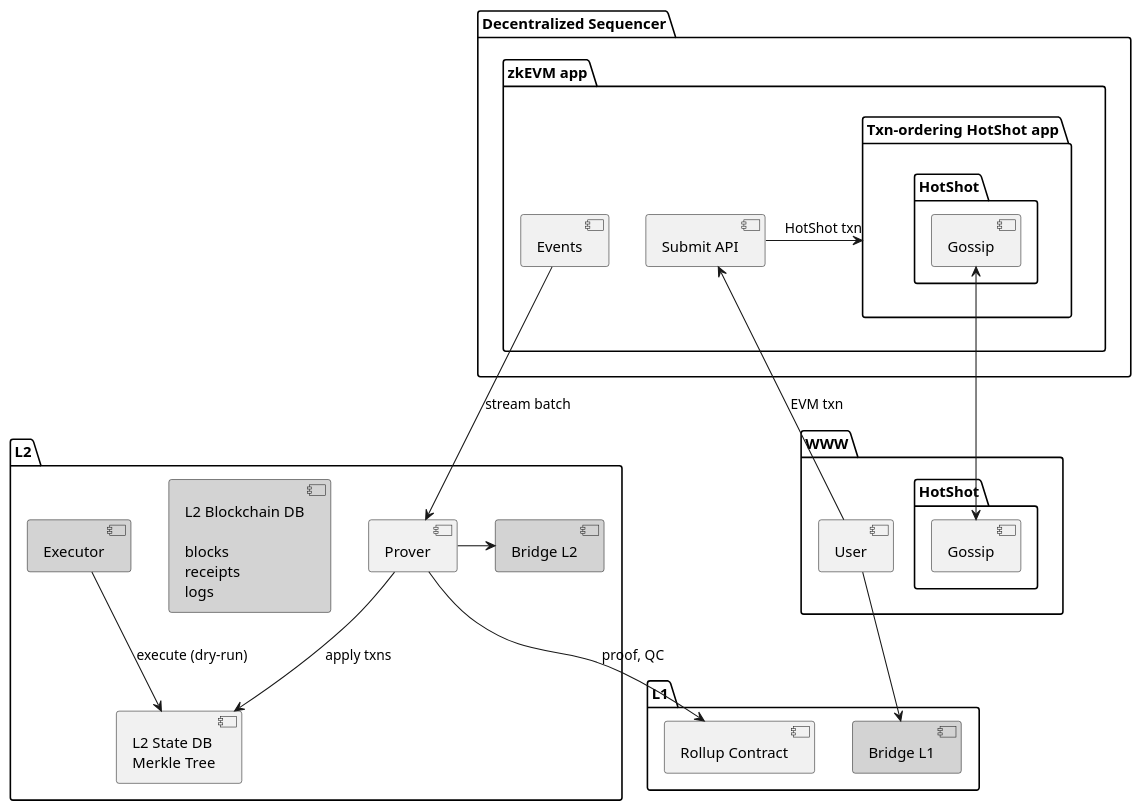
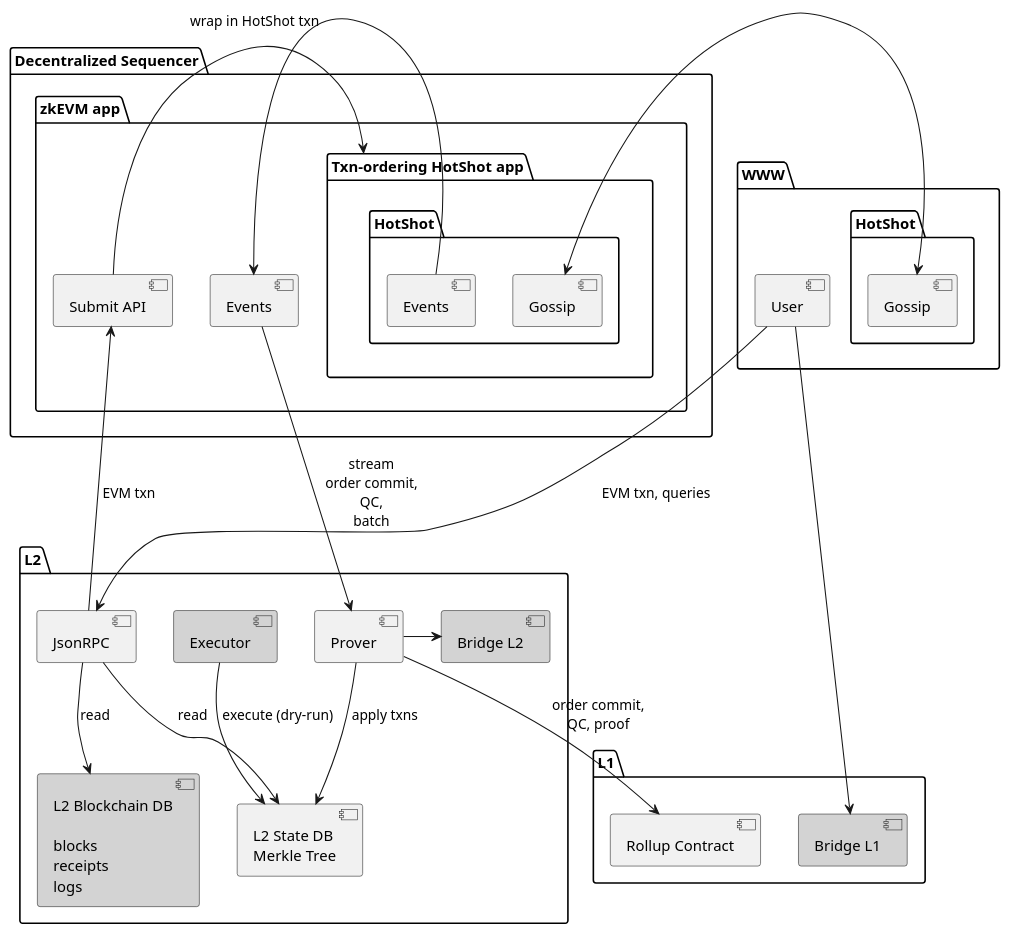
The diagram in doc/architecture.puml (EspressoSystems/espresso-sequencer), drawn with PlantUML before and after one commit.

Commit message:
Add JsonRPC, more details

```diff
--- a/doc/architecture.puml
+++ b/doc/architecture.puml
@@ -1,55 +1,63 @@
 @startuml
 package "WWW" {
   component User
   package "HotShot" as HotShotExternal {
     component "Gossip" as GossipExternal
   }
 }
 
 package "Decentralized Sequencer" {
   package "zkEVM app" as zkApp {
+    component Events
     component "Submit API" as Submit
-    component Events
     package "Txn-ordering HotShot app" as App {
       package HotShot {
         component "Gossip" as GossipInternal
+        component "Events" as HotShotEvents
       }
     }
   }
 }
 
 package L2 {
+  component JsonRPC
   component L2DB #lightgrey [
     L2 Blockchain DB
 
     blocks
     receipts
     logs
   ]
   component Prover
   component Executor #lightgrey
   component Tree [
     L2 State DB
     Merkle Tree
   ]
   component "Bridge L2" as BridgeL2 #lightgrey
 }
 
 package L1 {
   component Rollup [
     Rollup Contract
   ]
   component "Bridge L1" as BridgeL1 #lightgrey
 }
 
-GossipInternal <--> GossipExternal
+GossipInternal <-> GossipExternal
 Prover -> BridgeL2
-User -down-> Submit: EVM txn
-User --> BridgeL1
-Submit -> App: HotShot txn
+
+User --> JsonRPC: EVM txn, queries
+JsonRPC -> Submit: EVM txn
+JsonRPC --> L2DB: read
+JsonRPC --> Tree: read
+
+User -> BridgeL1
+Submit -> App: wrap in HotShot txn
+HotShotEvents -> Events
 
 Executor --> Tree: execute (dry-run)
 Prover --> Tree: apply txns
-Events --> Prover: stream batch
-Prover --> Rollup: proof, QC
+Events --> Prover: stream\norder commit,\nQC,\nbatch
+Prover --> Rollup: order commit,\nQC, proof
 @enduml
```
